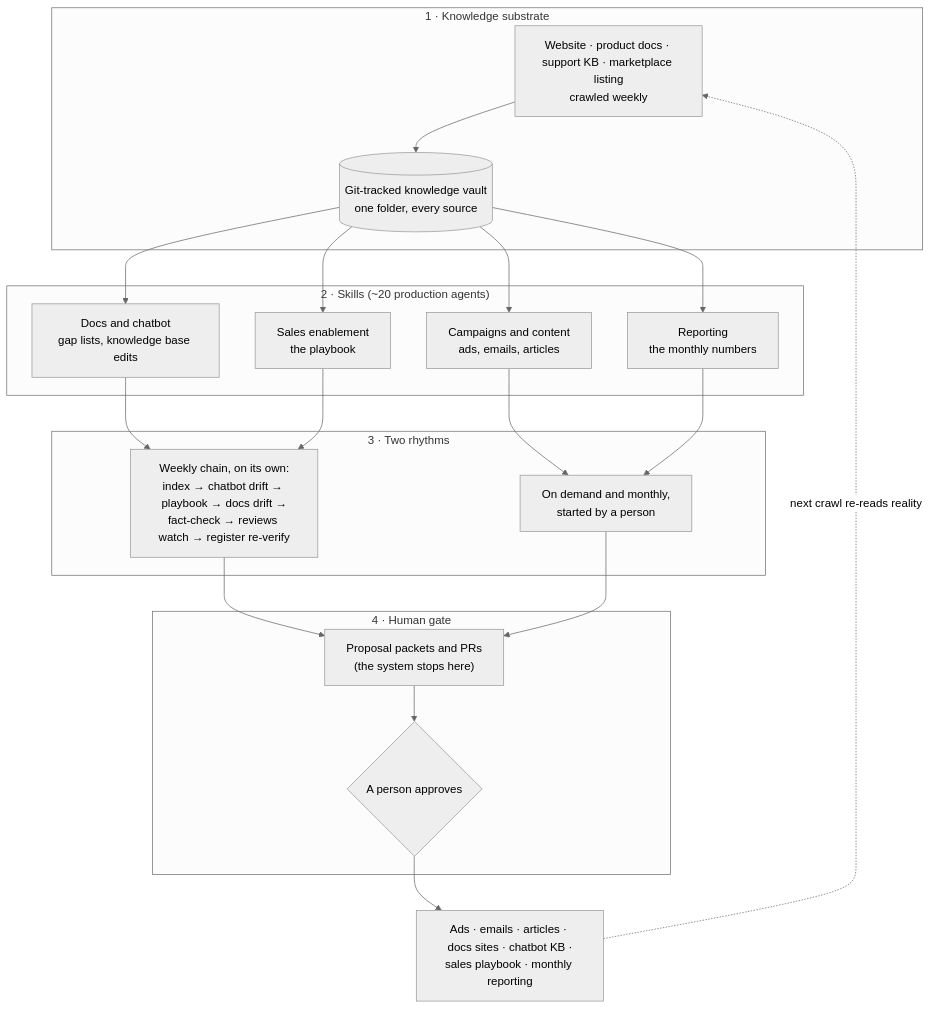
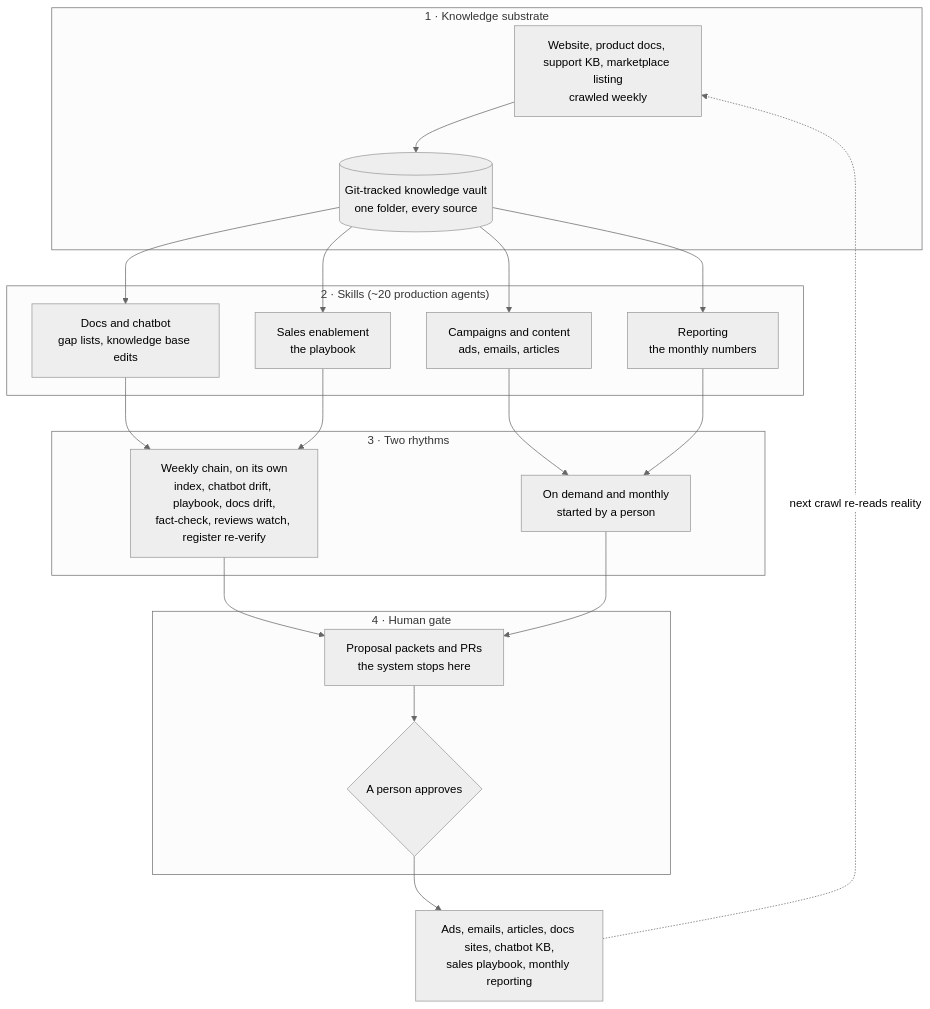
Before and after one commit to nunomnferreirapt/ai-operated-growth-engine: the diagram in evidence/case-studies/how-it-was-run-the-ai-operating-system.md, drawn with Mermaid (neutral theme). The commit also changed 1 other file, not shown here.

Commit message:
Diagrams: wrapping labels instead of br tags (GitHub clipped them); front page diagram top to bottom
Claude-Session: https://claude.ai/code/session_013vAMTruojjzTuNGSxvVixS

````diff
--- a/evidence/case-studies/how-it-was-run-the-ai-operating-system.md
+++ b/evidence/case-studies/how-it-was-run-the-ai-operating-system.md
@@ -24,25 +24,36 @@
 ```mermaid
 flowchart TB
     subgraph L1["1 · Knowledge substrate"]
-        S[Website · product docs · support KB · marketplace listing<br/>crawled weekly] --> V[(Git-tracked knowledge vault<br/>one folder, every source)]
+        S["`Website, product docs, support KB, marketplace listing
+crawled weekly`"] --> V[("`Git-tracked knowledge vault
+one folder, every source`")]
     end
     subgraph L2["2 · Skills (~20 production agents)"]
-        V --> A[Campaigns and content<br/>ads, emails, articles]
-        V --> D[Docs and chatbot<br/>gap lists, knowledge base edits]
-        V --> E[Sales enablement<br/>the playbook]
-        V --> R[Reporting<br/>the monthly numbers]
+        V --> A["`Campaigns and content
+ads, emails, articles`"]
+        V --> D["`Docs and chatbot
+gap lists, knowledge base edits`"]
+        V --> E["`Sales enablement
+the playbook`"]
+        V --> R["`Reporting
+the monthly numbers`"]
     end
     subgraph L3["3 · Two rhythms"]
-        D --> CH[Weekly chain, on its own:<br/>index → chatbot drift → playbook → docs drift →<br/>fact-check → reviews watch → register re-verify]
+        D --> CH["`Weekly chain, on its own
+index, chatbot drift, playbook, docs drift,
+fact-check, reviews watch, register re-verify`"]
         E --> CH
-        A --> OD[On demand and monthly,<br/>started by a person]
+        A --> OD["`On demand and monthly
+started by a person`"]
         R --> OD
     end
     subgraph L4["4 · Human gate"]
-        CH --> P["Proposal packets and PRs<br/>(the system stops here)"]
+        CH --> P["`Proposal packets and PRs
+the system stops here`"]
         OD --> P
-        P --> H{A person approves}
+        P --> H{"A person approves"}
     end
-    H --> OUT[Ads · emails · articles · docs sites · chatbot KB ·<br/>sales playbook · monthly reporting]
+    H --> OUT["`Ads, emails, articles, docs sites, chatbot KB,
+sales playbook, monthly reporting`"]
     OUT -.->|next crawl re-reads reality| S
 ```
````
